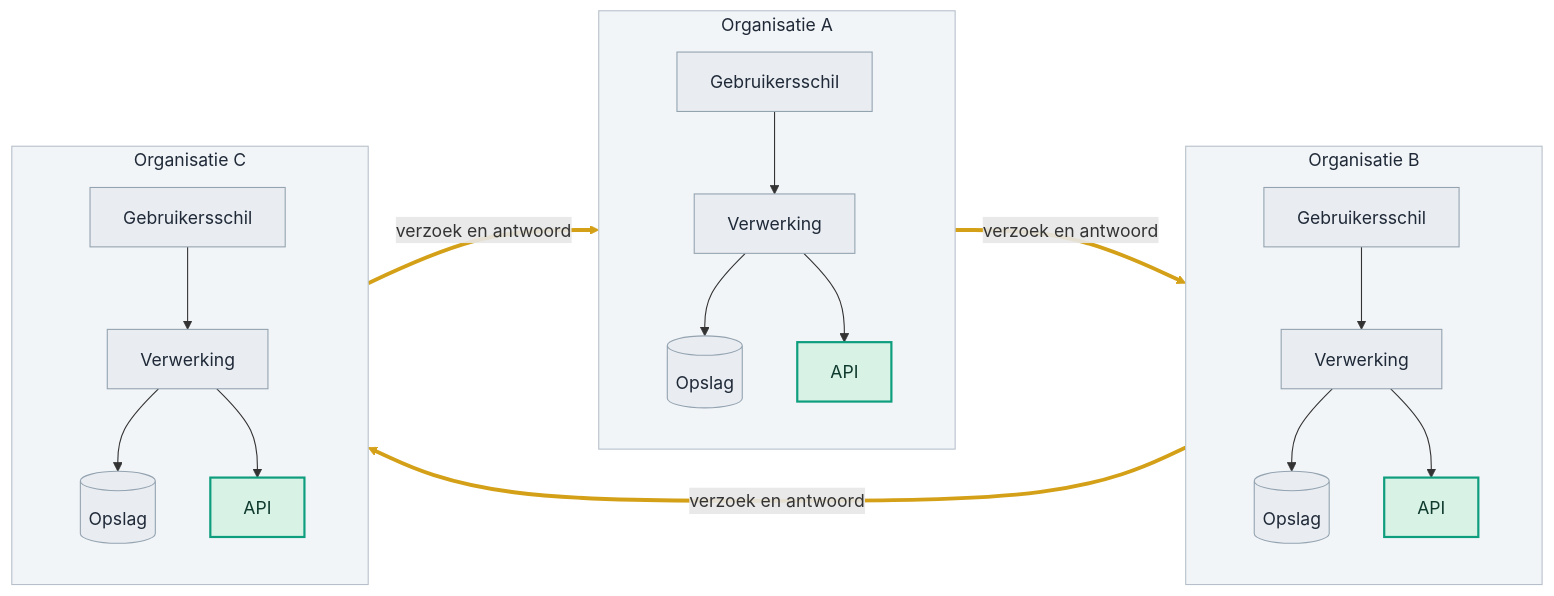
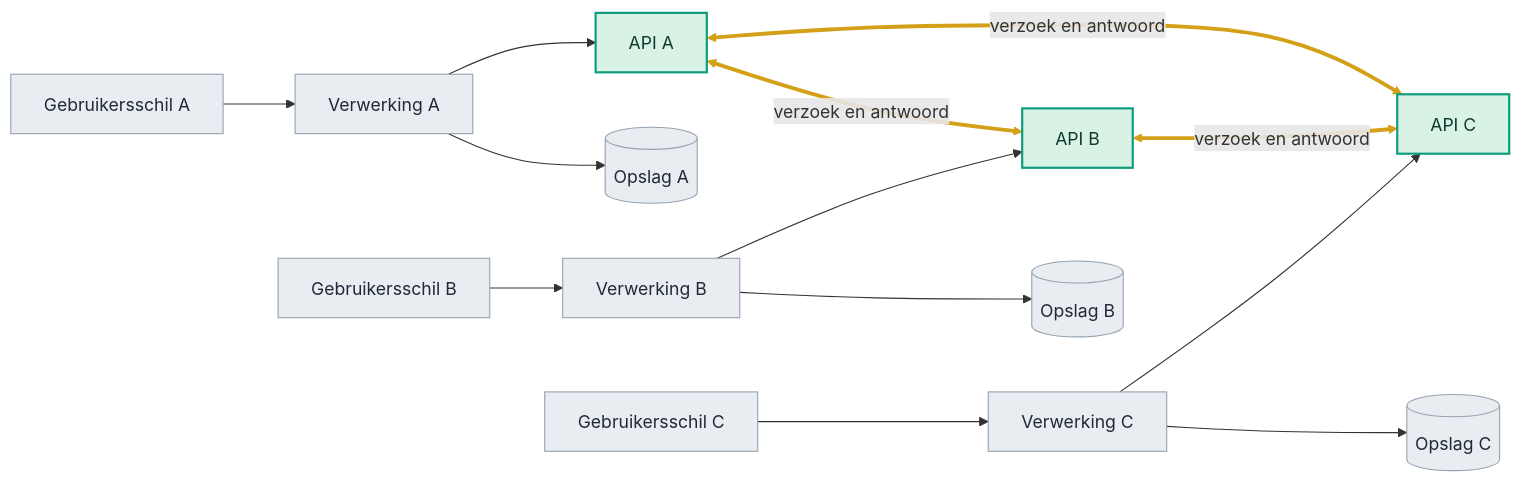
Before and after one commit to Npuls-OKx/meta: the second of 8 diagrams in presentaties/src/260904_ai_houdbaarheid.md, drawn with Mermaid. The commit also changed other lines of this file and 2 other files, not shown here.

First line of the commit message:
Koppelingen van API naar API, en de slide over twee werelden

````diff
--- a/presentaties/src/260904_ai_houdbaarheid.md
+++ b/presentaties/src/260904_ai_houdbaarheid.md
@@ -162,40 +162,28 @@
 ```mermaid
 flowchart LR
-  subgraph A["Organisatie A"]
-    direction TB
-    GA["Gebruikersschil"] --> BA["Verwerking"]
-    BA --> DA[("Opslag")]
-    BA --> PA["API"]
-  end
-  subgraph B["Organisatie B"]
-    direction TB
-    GB["Gebruikersschil"] --> BB["Verwerking"]
-    BB --> DB2[("Opslag")]
-    BB --> PB["API"]
-  end
-  subgraph C["Organisatie C"]
-    direction TB
-    GC["Gebruikersschil"] --> BC["Verwerking"]
-    BC --> DC[("Opslag")]
-    BC --> PC["API"]
-  end
-  PA -->|"verzoek en antwoord"| BB
-  PB -->|"verzoek en antwoord"| BC
-  PC -->|"verzoek en antwoord"| BA
-  style A fill:#f2f5f8,stroke:#b7c0ca,color:#1f2937
-  style B fill:#f2f5f8,stroke:#b7c0ca,color:#1f2937
-  style C fill:#f2f5f8,stroke:#b7c0ca,color:#1f2937
+  GA["Gebruikersschil A"] --> BA["Verwerking A"]
+  BA --> DA[("Opslag A")]
+  BA --> PA["API A"]
+  GB["Gebruikersschil B"] --> BB["Verwerking B"]
+  BB --> DB[("Opslag B")]
+  BB --> PB["API B"]
+  GC["Gebruikersschil C"] --> BC["Verwerking C"]
+  BC --> DC[("Opslag C")]
+  BC --> PC["API C"]
+  PA <-->|"verzoek en antwoord"| PB
+  PB <-->|"verzoek en antwoord"| PC
+  PA <-->|"verzoek en antwoord"| PC
   style GA fill:#e9edf2,stroke:#94a3b0,color:#1f2937
   style BA fill:#e9edf2,stroke:#94a3b0,color:#1f2937
   style DA fill:#e9edf2,stroke:#94a3b0,color:#1f2937
+  style PA fill:#d9f2e6,stroke:#0E9E7E,stroke-width:2px,color:#0f3b2e
   style GB fill:#e9edf2,stroke:#94a3b0,color:#1f2937
   style BB fill:#e9edf2,stroke:#94a3b0,color:#1f2937
-  style DB2 fill:#e9edf2,stroke:#94a3b0,color:#1f2937
+  style DB fill:#e9edf2,stroke:#94a3b0,color:#1f2937
+  style PB fill:#d9f2e6,stroke:#0E9E7E,stroke-width:2px,color:#0f3b2e
   style GC fill:#e9edf2,stroke:#94a3b0,color:#1f2937
   style BC fill:#e9edf2,stroke:#94a3b0,color:#1f2937
   style DC fill:#e9edf2,stroke:#94a3b0,color:#1f2937
-  style PA fill:#d9f2e6,stroke:#0E9E7E,stroke-width:2px,color:#0f3b2e
-  style PB fill:#d9f2e6,stroke:#0E9E7E,stroke-width:2px,color:#0f3b2e
   style PC fill:#d9f2e6,stroke:#0E9E7E,stroke-width:2px,color:#0f3b2e
   linkStyle 9,10,11 stroke:#D4A017,stroke-width:3.5px
 ```
````
